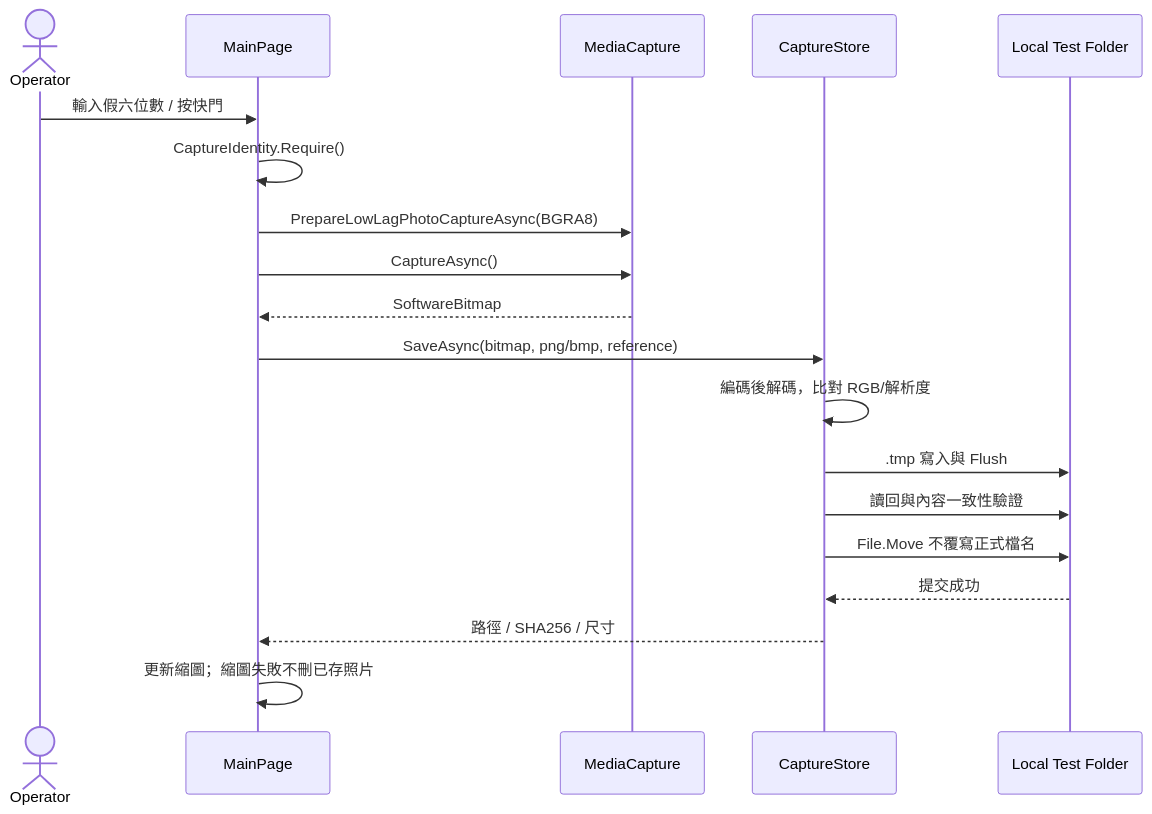
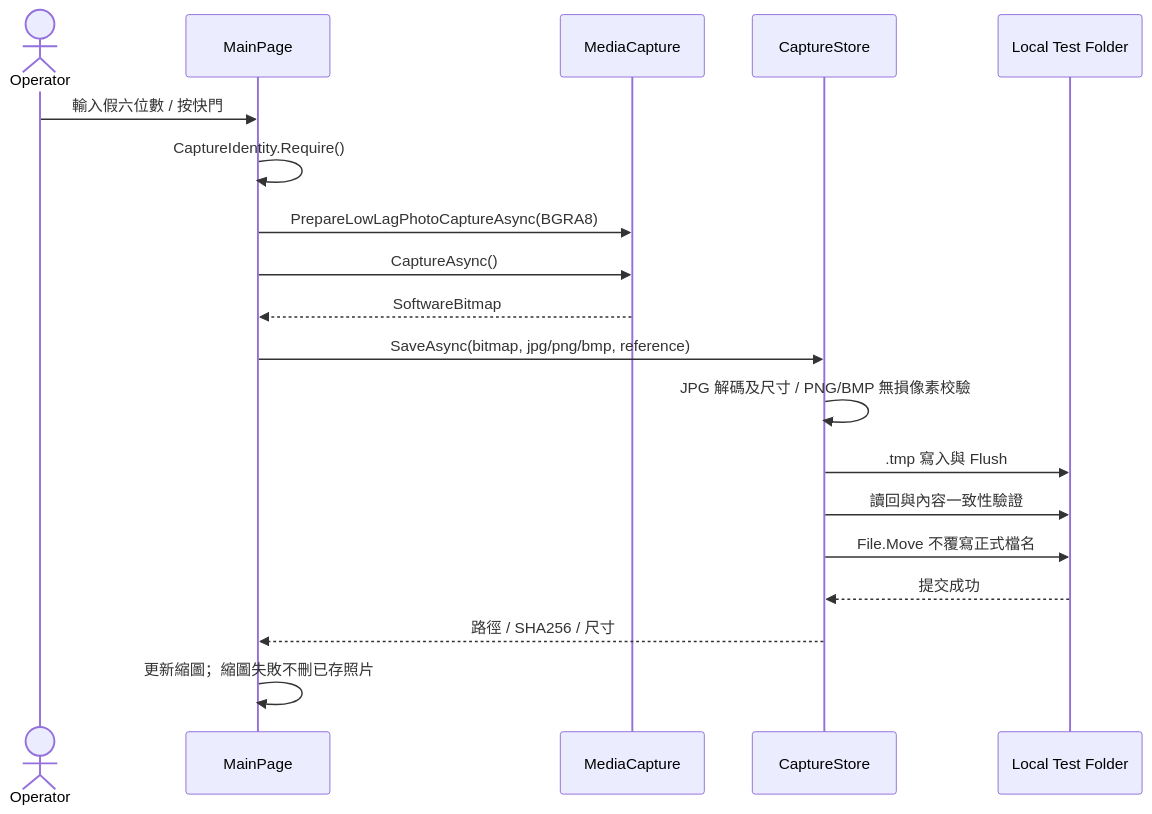
One commit to lemonicefate/clinic-camera-capture changed the second of 2 diagrams in ARCHITECTURE.md. Above: the diagram before and after it, drawn with Mermaid. The commit also changed other lines of this file and 12 other files, not shown here.

````diff
--- a/ARCHITECTURE.md
+++ b/ARCHITECTURE.md
@@ -68,21 +68,21 @@
 ```mermaid
 sequenceDiagram
     actor Operator
     participant UI as MainPage
     participant Win as MediaCapture
     participant Store as CaptureStore
     participant Disk as Local Test Folder
     Operator->>UI: 輸入假六位數 / 按快門
     UI->>UI: CaptureIdentity.Require()
     UI->>Win: PrepareLowLagPhotoCaptureAsync(BGRA8)
     UI->>Win: CaptureAsync()
     Win-->>UI: SoftwareBitmap
-    UI->>Store: SaveAsync(bitmap, png/bmp, reference)
-    Store->>Store: 編碼後解碼，比對 RGB/解析度
+    UI->>Store: SaveAsync(bitmap, jpg/png/bmp, reference)
+    Store->>Store: JPG 解碼及尺寸 / PNG/BMP 無損像素校驗
     Store->>Disk: .tmp 寫入與 Flush
     Store->>Disk: 讀回與內容一致性驗證
     Store->>Disk: File.Move 不覆寫正式檔名
     Disk-->>Store: 提交成功
     Store-->>UI: 路徑 / SHA256 / 尺寸
     UI->>UI: 更新縮圖；縮圖失敗不刪已存照片
 ```
````
